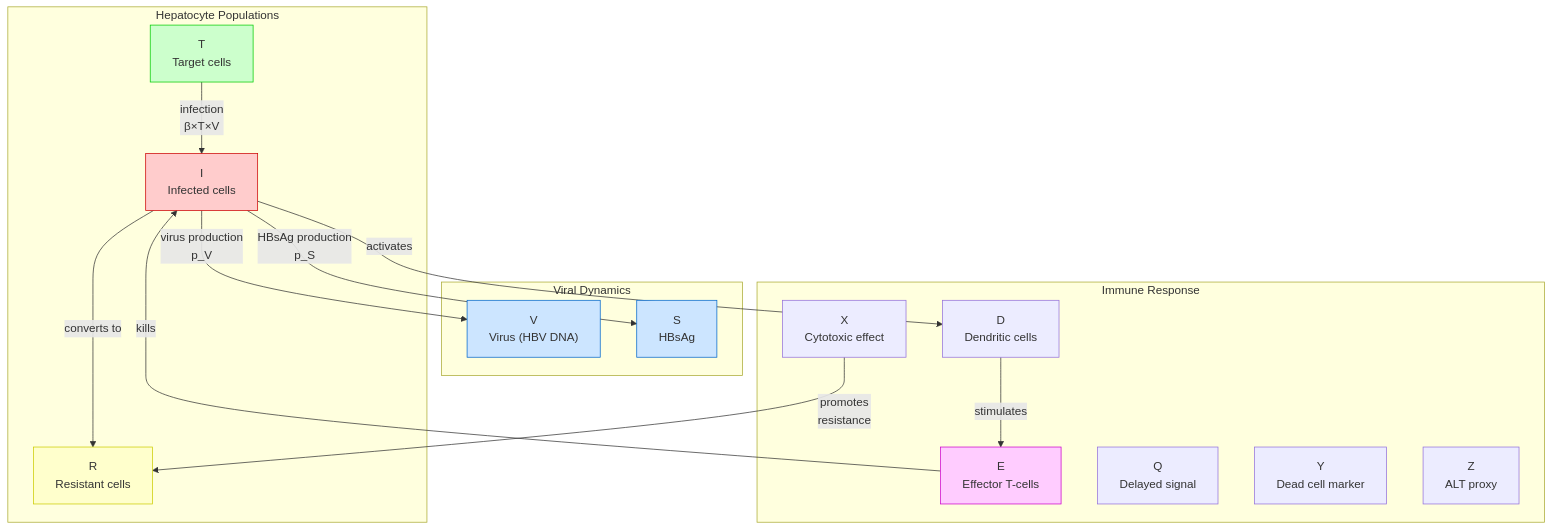
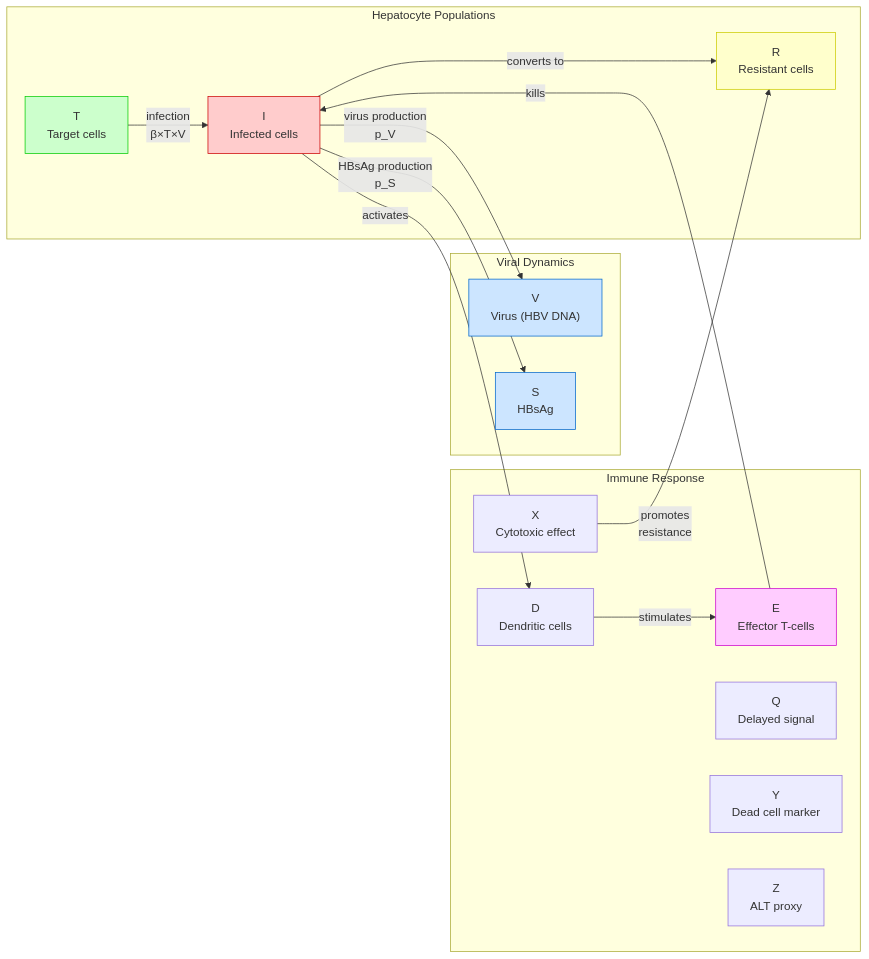
One commit to PumasAI-Labs/PumasInSilicoClinicalTrials changed the diagram in tutorials/hbv_01_model_introduction_tutorial.qmd. Above: the diagram before and after it, drawn with Mermaid. The commit also changed other lines of this file and 47 other files, not shown here.

````diff
--- a/tutorials/hbv_01_model_introduction_tutorial.qmd
+++ b/tutorials/hbv_01_model_introduction_tutorial.qmd
@@ -149,38 +120,39 @@
 ```{mermaid}
-flowchart TB
+%%| echo: false
+flowchart LR
     subgraph Hepatocytes ["Hepatocyte Populations"]
         T["T<br/>Target cells"]
         I["I<br/>Infected cells"]
         R["R<br/>Resistant cells"]
     end
 
     subgraph Viral ["Viral Dynamics"]
         V["V<br/>Virus (HBV DNA)"]
         S["S<br/>HBsAg"]
     end
 
     subgraph Immune ["Immune Response"]
         E["E<br/>Effector T-cells"]
         D["D<br/>Dendritic cells"]
         Q["Q<br/>Delayed signal"]
         X["X<br/>Cytotoxic effect"]
         Y["Y<br/>Dead cell marker"]
         Z["Z<br/>ALT proxy"]
     end
 
     T -->|"infection<br/>β×T×V"| I
     I -->|"virus production<br/>p_V"| V
     I -->|"HBsAg production<br/>p_S"| S
     I -->|"activates"| D
     D -->|"stimulates"| E
     E -->|"kills"| I
     I -->|"converts to"| R
     X -->|"promotes<br/>resistance"| R
 
     style T fill:#ccffcc,stroke:#00cc00
     style I fill:#ffcccc,stroke:#cc0000
     style R fill:#ffffcc,stroke:#cccc00
     style V fill:#cce5ff,stroke:#0066cc
     style S fill:#cce5ff,stroke:#0066cc
     style E fill:#ffccff,stroke:#cc00cc
 ```
````
